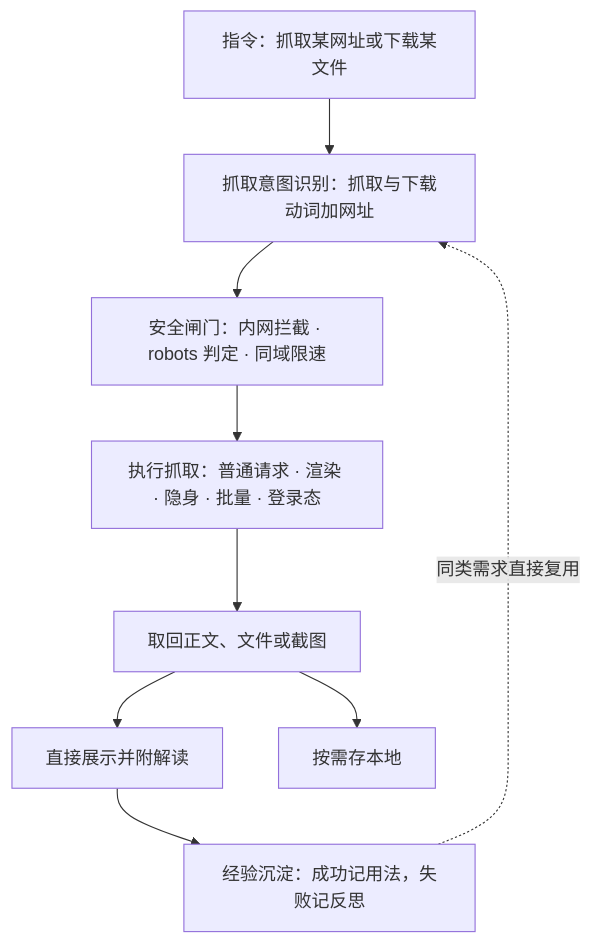
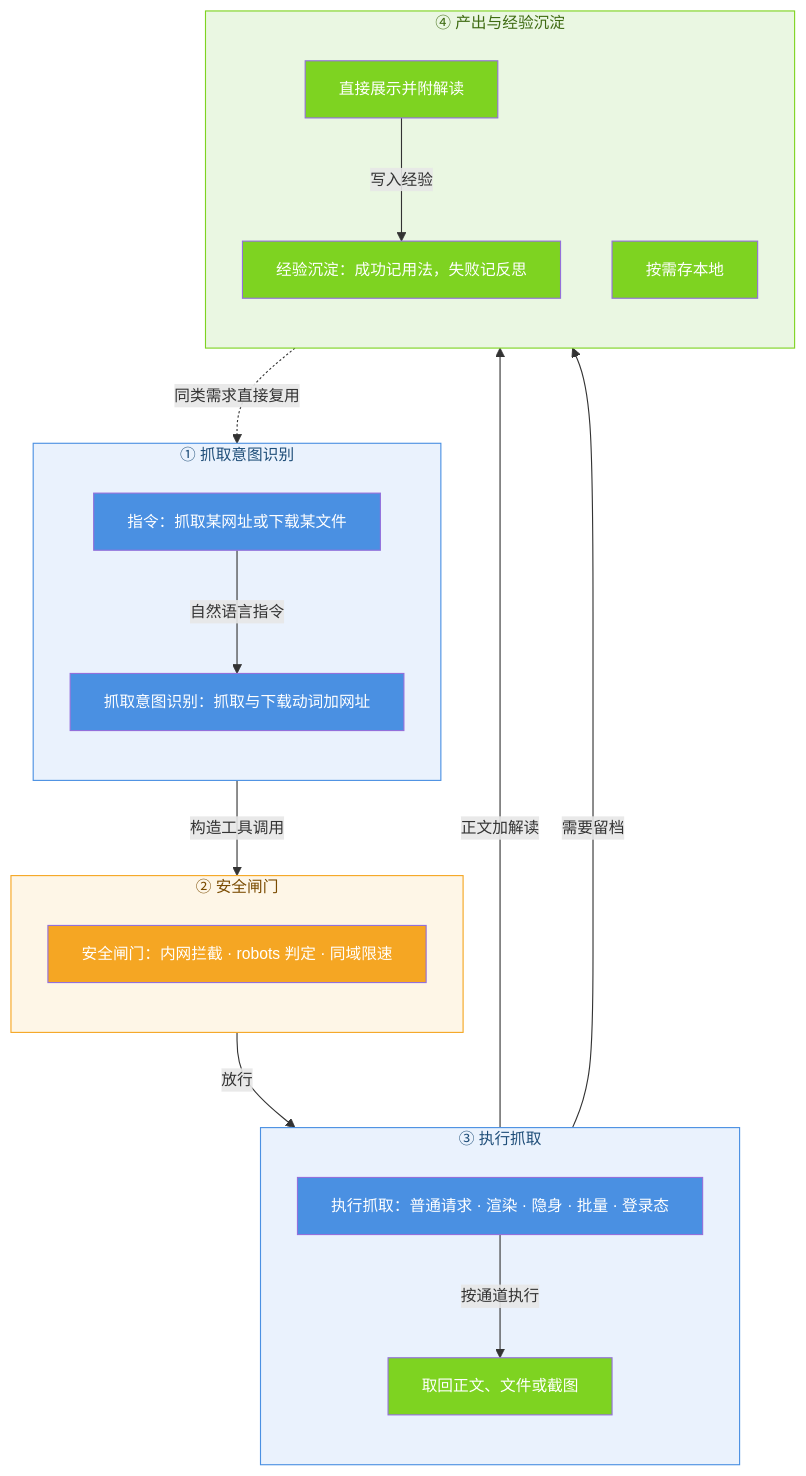
Before and after one commit to jiangchuangege/xiaojiao-harnees: the fifth of 7 diagrams in README.md, drawn with Mermaid. The commit also changed other lines of this file and 30 other files, not shown here.

First line of the commit message:
﻿全仓 Mermaid 图统一 + 对比表与 License 修正

````diff
--- a/README.md
+++ b/README.md
@@ -477,11 +576,44 @@
 ```mermaid
 flowchart TB
-    A["指令：抓取某网址或下载某文件"] --> B["抓取意图识别：抓取与下载动词加网址"]
-    B --> C["安全闸门：内网拦截 · robots 判定 · 同域限速"]
-    C --> D["执行抓取：普通请求 · 渲染 · 隐身 · 批量 · 登录态"]
-    D --> E["取回正文、文件或截图"]
-    E --> F["直接展示并附解读"]
-    E --> G["按需存本地"]
-    F --> H["经验沉淀：成功记用法，失败记反思"]
+%%{init: {"themeVariables": {"fontSize": "14px"}, "flowchart": {"htmlLabels": true, "wrappingWidth": 340, "nodeSpacing": 46, "rankSpacing": 64, "useMaxWidth": true}}}%%
+    subgraph INTENT["① 抓取意图识别"]
+        direction TB
+        A["指令：抓取某网址或下载某文件"]
+        B["抓取意图识别：抓取与下载动词加网址"]
+        A -->|"自然语言指令"| B
+    end
+    subgraph GATE["② 安全闸门"]
+        direction TB
+        C["安全闸门：内网拦截 · robots 判定 · 同域限速"]
+    end
+    subgraph EXEC["③ 执行抓取"]
+        direction TB
+        D["执行抓取：普通请求 · 渲染 · 隐身 · 批量 · 登录态"]
+        E["取回正文、文件或截图"]
+        D -->|"按通道执行"| E
+    end
+    subgraph OUT["④ 产出与经验沉淀"]
+        direction TB
+        F["直接展示并附解读"]
+        G["按需存本地"]
+        H["经验沉淀：成功记用法，失败记反思"]
+        F -->|"写入经验"| H
+    end
+    B -->|"构造工具调用"| C
+    C -->|"放行"| D
+    E -->|"正文加解读"| F
+    E -->|"需要留档"| G
     H -.->|"同类需求直接复用"| B
+    style INTENT fill:#EAF2FD,stroke:#4A90E2,color:#1F4E79
+    style GATE fill:#FEF6E7,stroke:#F5A623,color:#7A4B00
+    style EXEC fill:#EAF2FD,stroke:#4A90E2,color:#1F4E79
+    style OUT fill:#EAF7E2,stroke:#7ED321,color:#3E6B12
+    style A fill:#4A90E2,color:#fff
+    style B fill:#4A90E2,color:#fff
+    style C fill:#F5A623,color:#fff
+    style D fill:#4A90E2,color:#fff
+    style E fill:#7ED321,color:#fff
+    style F fill:#7ED321,color:#fff
+    style G fill:#7ED321,color:#fff
+    style H fill:#7ED321,color:#fff
 ```
````
